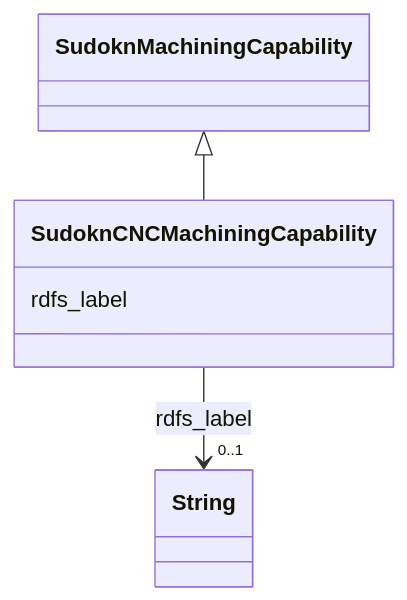
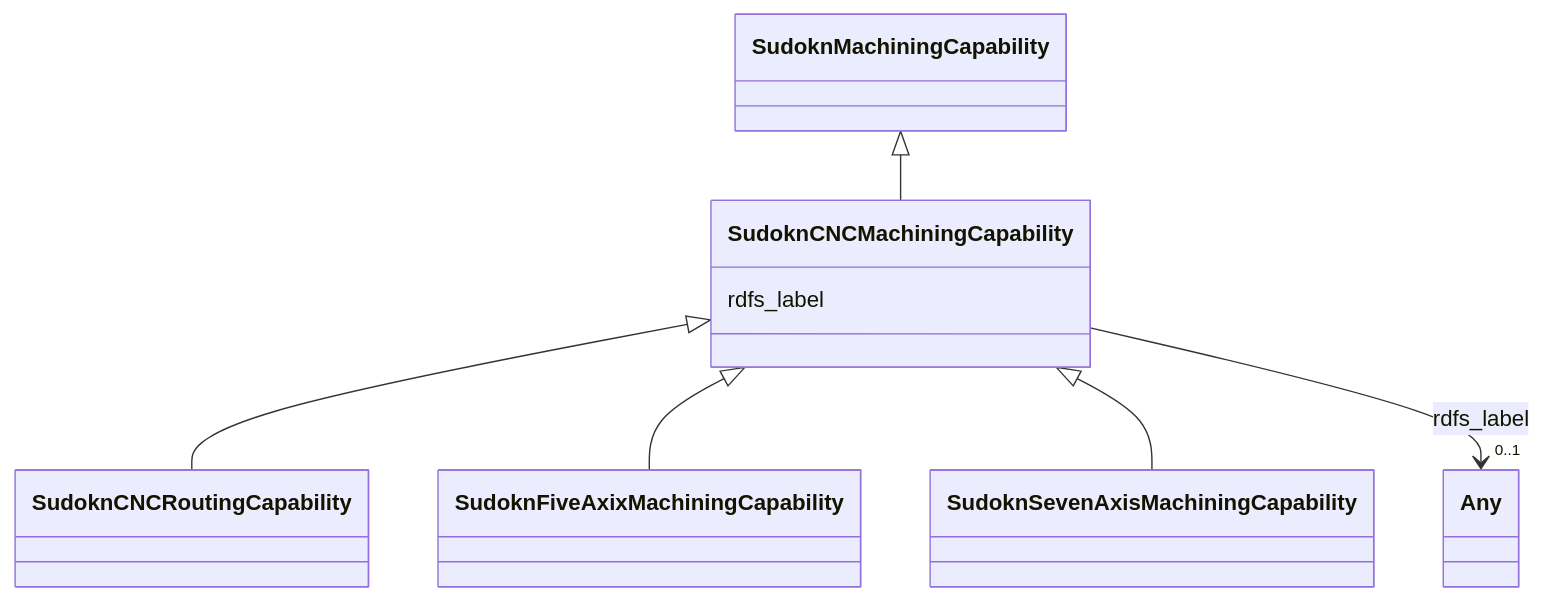
Before and after one commit to frink-okn/graph-descriptions: the diagram in sudokn-kg/classes/SudoknCNCMachiningCapability.md, drawn with Mermaid. The commit also changed other lines of this file and 903 other files, not shown here.

````diff
--- a/sudokn-kg/classes/SudoknCNCMachiningCapability.md
+++ b/sudokn-kg/classes/SudoknCNCMachiningCapability.md
@@ -23,18 +18,27 @@
 ```mermaid
  classDiagram
     class SudoknCNCMachiningCapability
     click SudoknCNCMachiningCapability href "../SudoknCNCMachiningCapability"
       SudoknMachiningCapability <|-- SudoknCNCMachiningCapability
         click SudoknMachiningCapability href "../SudoknMachiningCapability"
       
+
+      SudoknCNCMachiningCapability <|-- SudoknCNCRoutingCapability
+        click SudoknCNCRoutingCapability href "../SudoknCNCRoutingCapability"
+      SudoknCNCMachiningCapability <|-- SudoknFiveAxixMachiningCapability
+        click SudoknFiveAxixMachiningCapability href "../SudoknFiveAxixMachiningCapability"
+      SudoknCNCMachiningCapability <|-- SudoknSevenAxisMachiningCapability
+        click SudoknSevenAxisMachiningCapability href "../SudoknSevenAxisMachiningCapability"
+      
+      
       SudoknCNCMachiningCapability : rdfs_label
         
           
     
     
-    SudoknCNCMachiningCapability --> "0..1" String : rdfs_label
-    click String href "../String"
+    SudoknCNCMachiningCapability --> "0..1" Any : rdfs_label
+    click Any href "../Any"
 
         
       
 ```
````
